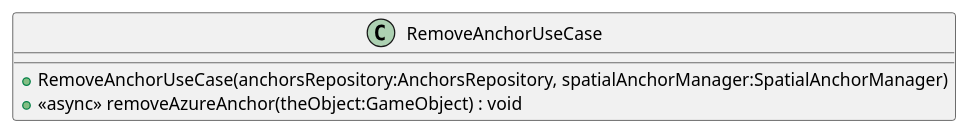
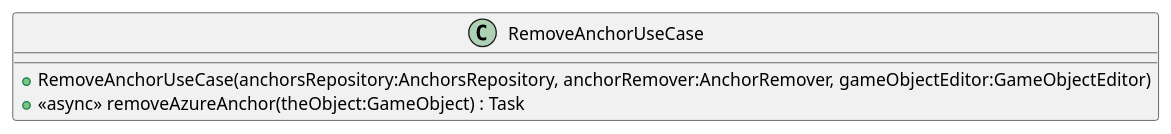
Before and after one commit to DeNatur/ProductionFloorVisualization: the diagram in UML/Assets/Scripts/RemoveAnchorUseCase.puml, drawn with PlantUML. The commit also changed 5 other files, not shown here.

Commit message:
Generate UML (Generate UML)

```diff
--- a/UML/Assets/Scripts/RemoveAnchorUseCase.puml
+++ b/UML/Assets/Scripts/RemoveAnchorUseCase.puml
@@ -1,6 +1,6 @@
 @startuml
 class RemoveAnchorUseCase {
-    + RemoveAnchorUseCase(anchorsRepository:AnchorsRepository, spatialAnchorManager:SpatialAnchorManager)
-    + <<async>> removeAzureAnchor(theObject:GameObject) : void
+    + RemoveAnchorUseCase(anchorsRepository:AnchorsRepository, anchorRemover:AnchorRemover, gameObjectEditor:GameObjectEditor)
+    + <<async>> removeAzureAnchor(theObject:GameObject) : Task
 }
 @enduml
```
